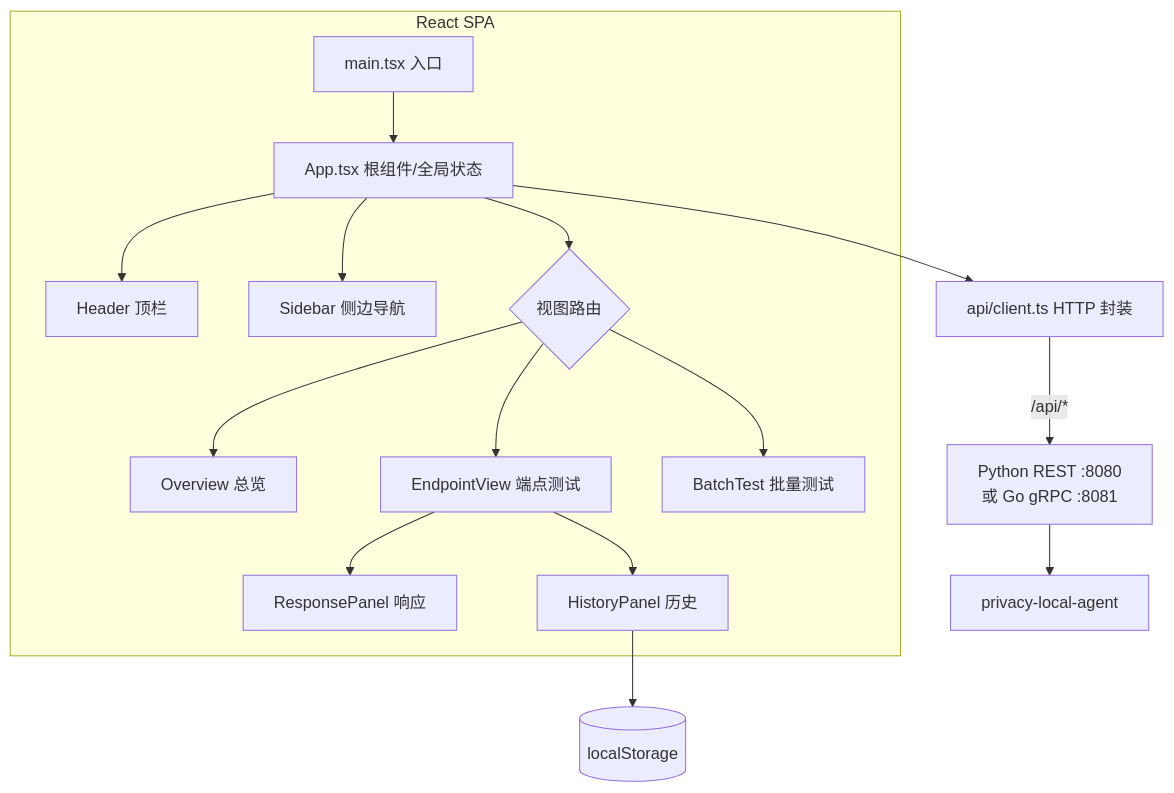
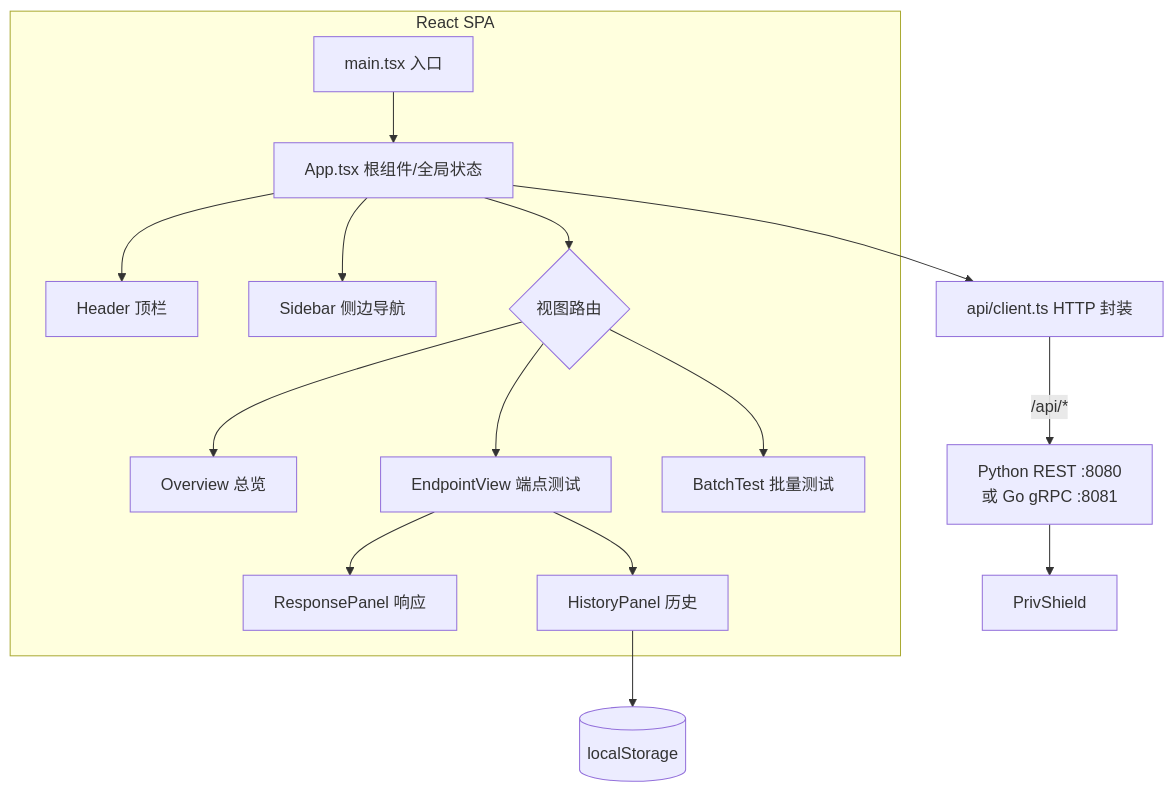
Before and after one commit to fengzhizi319/PrivShield: the diagram in console/web/docs/design.md, drawn with Mermaid. The commit also changed 393 other files, not shown here.

Commit message:
refactor(brand): 全面将 privacy_local_agent 迁移升级为 PrivShield

````diff
--- a/console/web/docs/design.md
+++ b/console/web/docs/design.md
@@ -19,20 +19,20 @@
 ```mermaid
 graph TD
     subgraph App [React SPA]
         Main[main.tsx 入口] --> Root[App.tsx 根组件/全局状态]
         Root --> Header[Header 顶栏]
         Root --> Sidebar[Sidebar 侧边导航]
         Root --> ViewSwitch{视图路由}
         ViewSwitch --> Overview[Overview 总览]
         ViewSwitch --> EndpointView[EndpointView 端点测试]
         ViewSwitch --> BatchTest[BatchTest 批量测试]
         EndpointView --> ResponsePanel[ResponsePanel 响应]
         EndpointView --> HistoryPanel[HistoryPanel 历史]
     end
 
     Root --> Client[api/client.ts HTTP 封装]
     Client -- /api/* --> Backend[Python REST :8080<br/>或 Go gRPC :8081]
-    Backend --> Agent[privacy-local-agent]
+    Backend --> Agent[PrivShield]
 
     HistoryPanel --> LS[(localStorage)]
 ```
````
